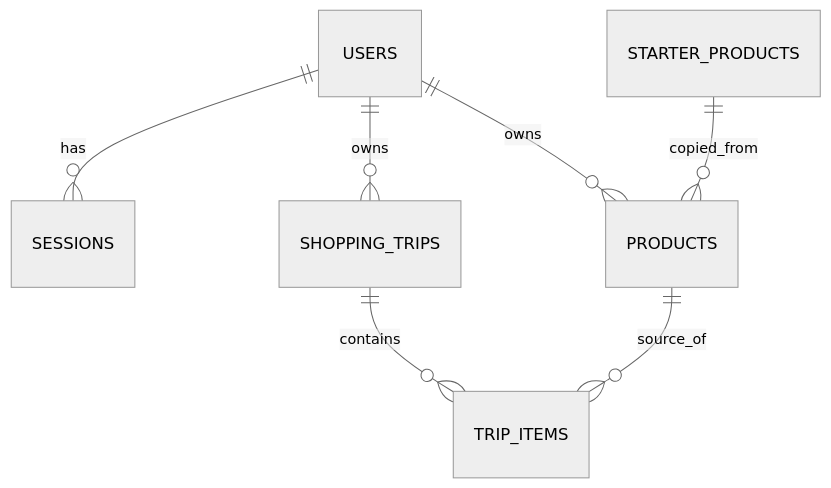
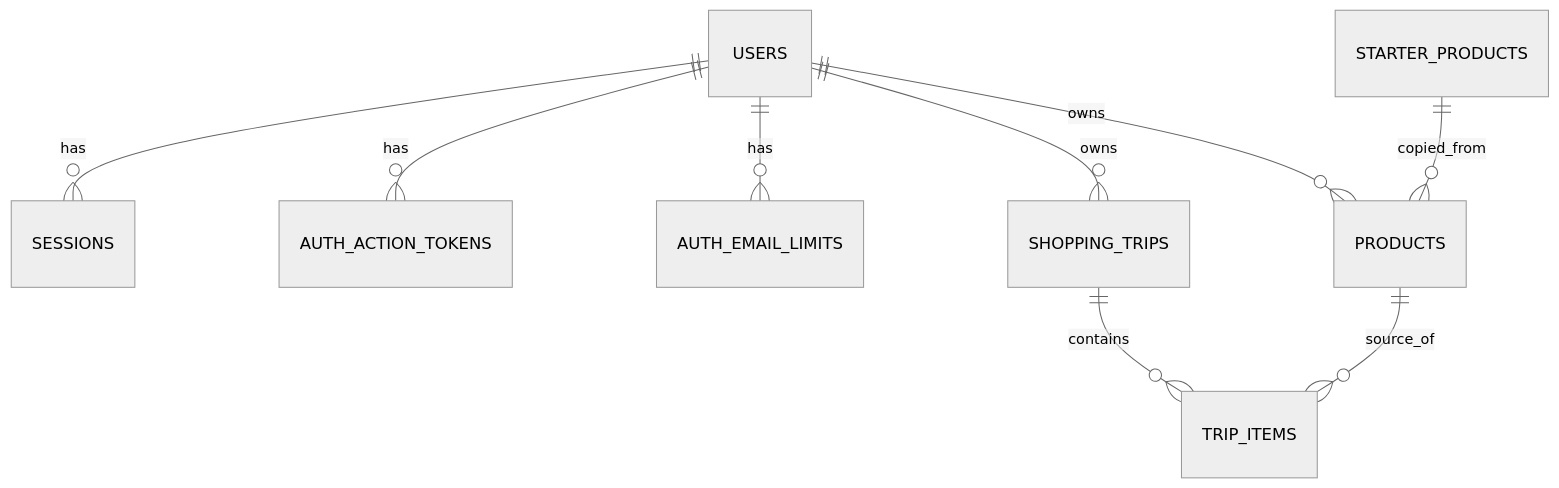
The third of 3 diagrams in docs/architecture/SYSTEM_DESIGN.md (EJhayGit/CartCheck), drawn with Mermaid (neutral theme) before and after one commit. The commit also changed other lines of this file and 4 other files, not shown here.

Commit message:
docs: update deployment architecture and release plan

````diff
--- a/docs/architecture/SYSTEM_DESIGN.md
+++ b/docs/architecture/SYSTEM_DESIGN.md
@@ -55,9 +75,11 @@
 ```mermaid
 erDiagram
     USERS ||--o{ SESSIONS : has
+    USERS ||--o{ AUTH_ACTION_TOKENS : has
+    USERS ||--o{ AUTH_EMAIL_LIMITS : has
     USERS ||--o{ PRODUCTS : owns
     USERS ||--o{ SHOPPING_TRIPS : owns
     STARTER_PRODUCTS ||--o{ PRODUCTS : copied_from
     SHOPPING_TRIPS ||--o{ TRIP_ITEMS : contains
     PRODUCTS ||--o{ TRIP_ITEMS : source_of
 ```
````
